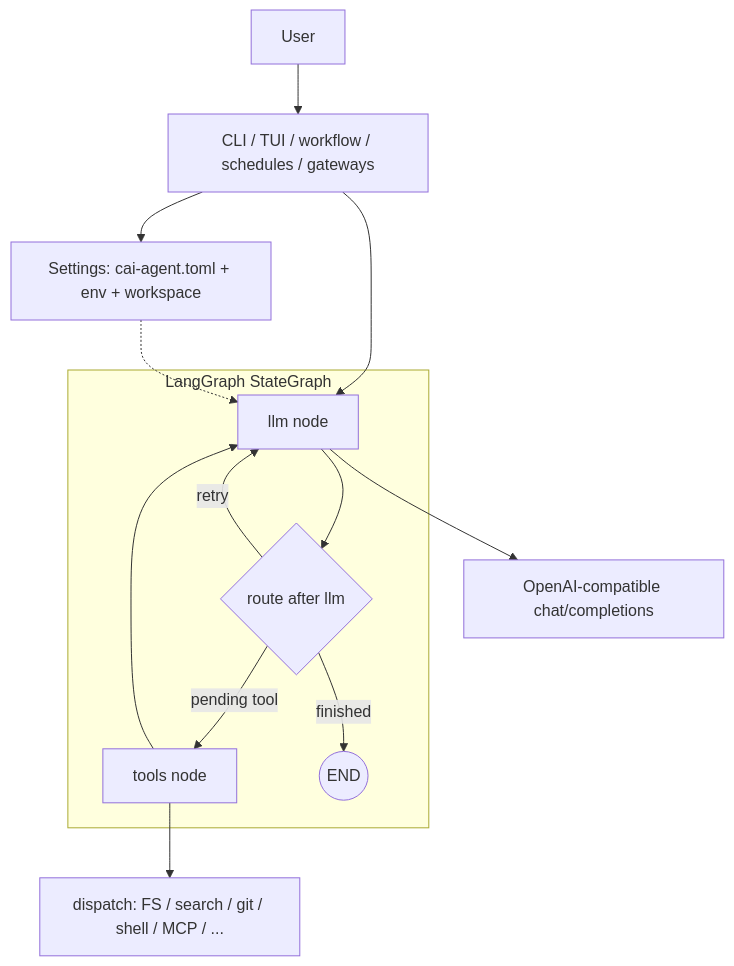
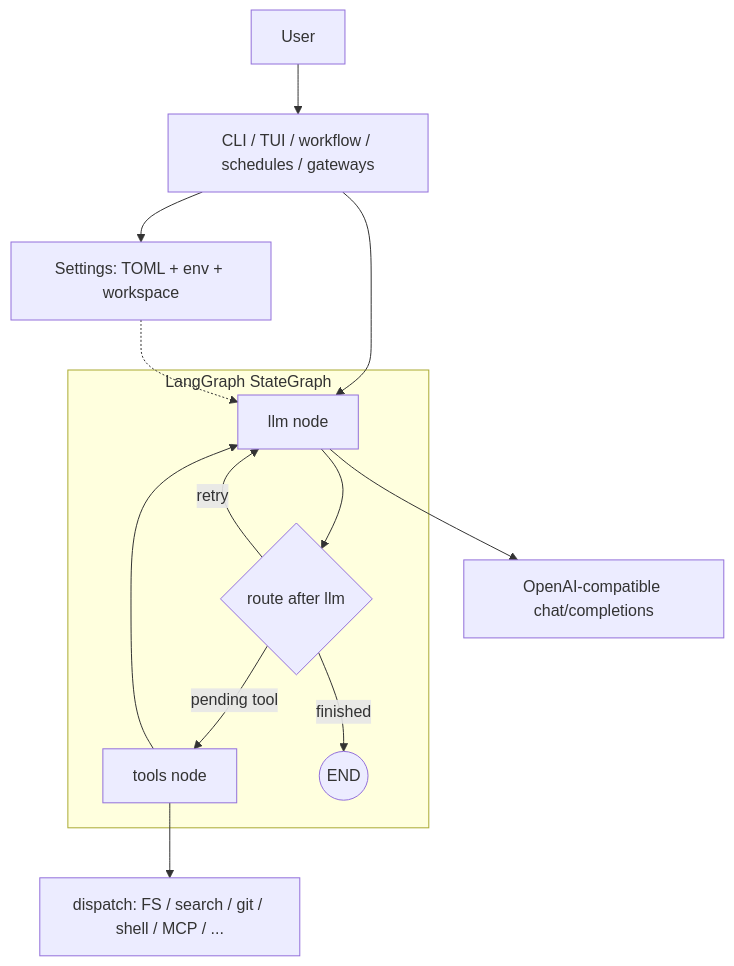
One commit to caizizhen/Cai_Agent changed the diagram in README.md. Above: the diagram before and after it, drawn with Mermaid. The commit also changed other lines of this file and 25 other files, not shown here.

````diff
--- a/README.md
+++ b/README.md
@@ -185,19 +85,19 @@
 ```mermaid
 flowchart TB
   User[User] --> Entry[CLI / TUI / workflow / schedules / gateways]
-  Entry --> Cfg[Settings: cai-agent.toml + env + workspace]
+  Entry --> Cfg[Settings: TOML + env + workspace]
   subgraph LG["LangGraph StateGraph"]
     LLM[llm node]
     Route{route after llm}
     TN[tools node]
     LLM --> Route
     Route -->|finished| Stop((END))
     Route -->|pending tool| TN
     Route -->|retry| LLM
     TN --> LLM
   end
   Entry --> LLM
   Cfg -.-> LLM
   LLM --> API[OpenAI-compatible chat/completions]
   TN --> Disp["dispatch: FS / search / git / shell / MCP / ..."]
 ```
````
